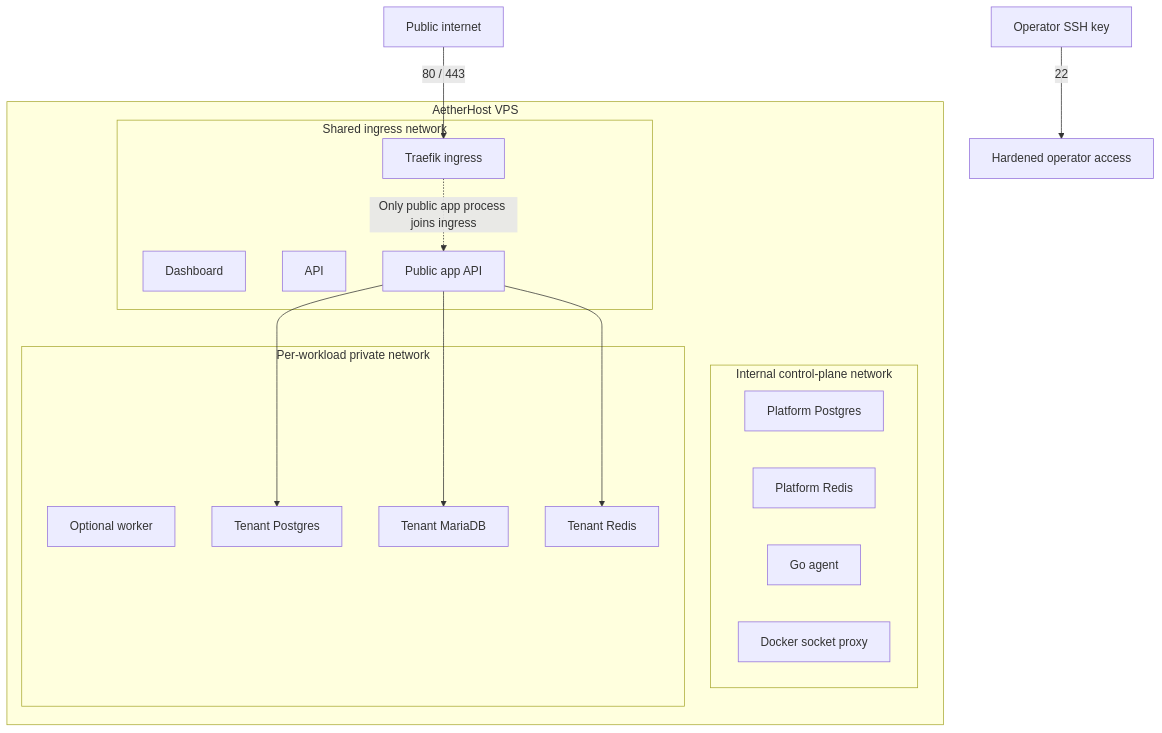
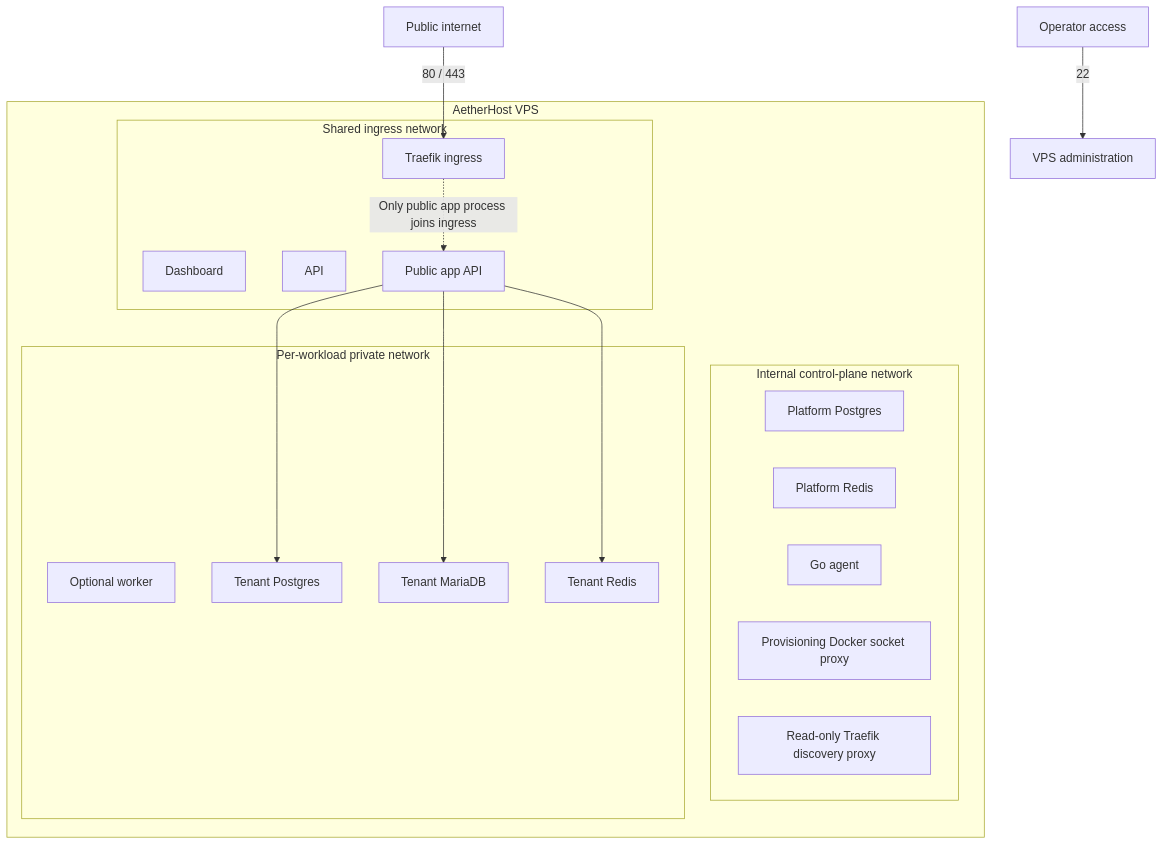
The second of 3 diagrams in docs/architecture/RELIABILITY_PLATFORM.md (Emjaay20/AetherHost), drawn with Mermaid before and after one commit. The commit also changed other lines of this file and 2 other files, not shown here.

Commit message:
fix(security): isolate Traefik Docker discovery (#23)

````diff
--- a/docs/architecture/RELIABILITY_PLATFORM.md
+++ b/docs/architecture/RELIABILITY_PLATFORM.md
@@ -24,33 +25,34 @@
 ```mermaid
 flowchart TB
     internet["Public internet"] -->|"80 / 443"| edge["Traefik ingress"]
-    ssh["Operator SSH key"] -->|"22"| access["Hardened operator access"]
+    ssh["Operator access"] -->|"22"| access["VPS administration"]
 
     subgraph platform["AetherHost VPS"]
         subgraph ingress["Shared ingress network"]
             edge
             console["Dashboard"]
             api["API"]
             app["Public app API"]
         end
         subgraph control["Internal control-plane network"]
             api
             pg["Platform Postgres"]
             redis["Platform Redis"]
             agent["Go agent"]
-            proxy["Docker socket proxy"]
+            proxy["Provisioning Docker socket proxy"]
+            discovery["Read-only Traefik discovery proxy"]
         end
         subgraph tenant["Per-workload private network"]
             app
             worker["Optional worker"]
             tenantpg["Tenant Postgres"]
             mariadb["Tenant MariaDB"]
             tenantredis["Tenant Redis"]
         end
     end
 
     edge -. "Only public app process joins ingress" .-> app
     app --> tenantpg
     app --> mariadb
     app --> tenantredis
 ```
````
